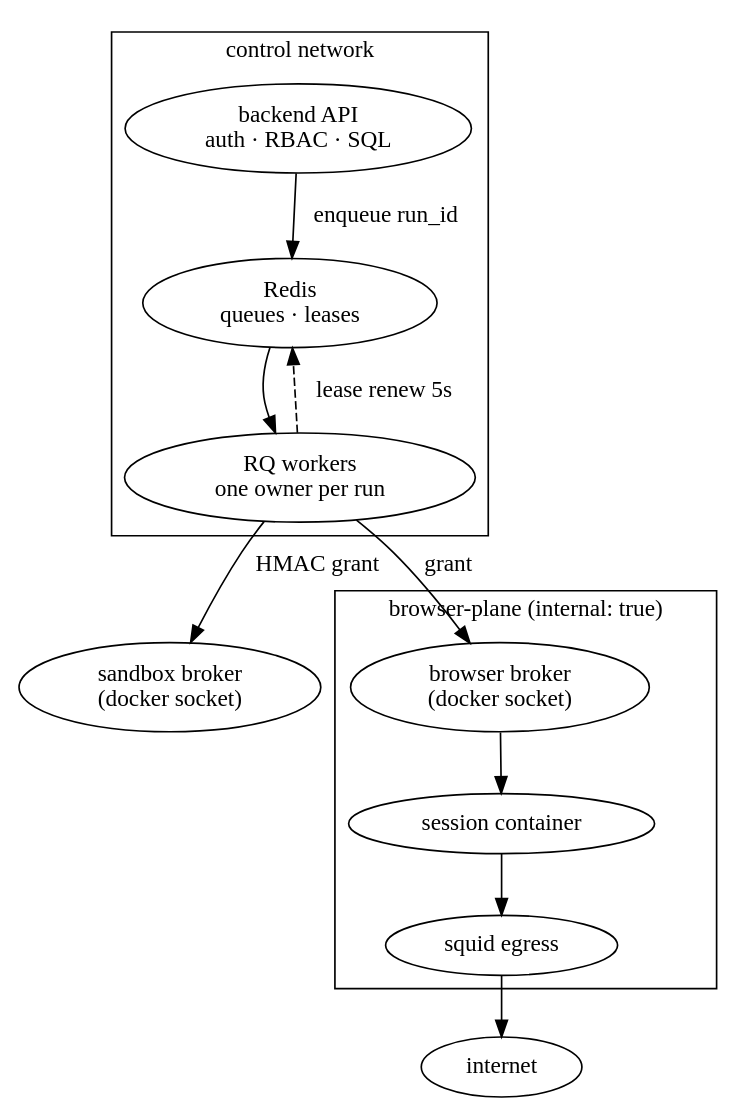
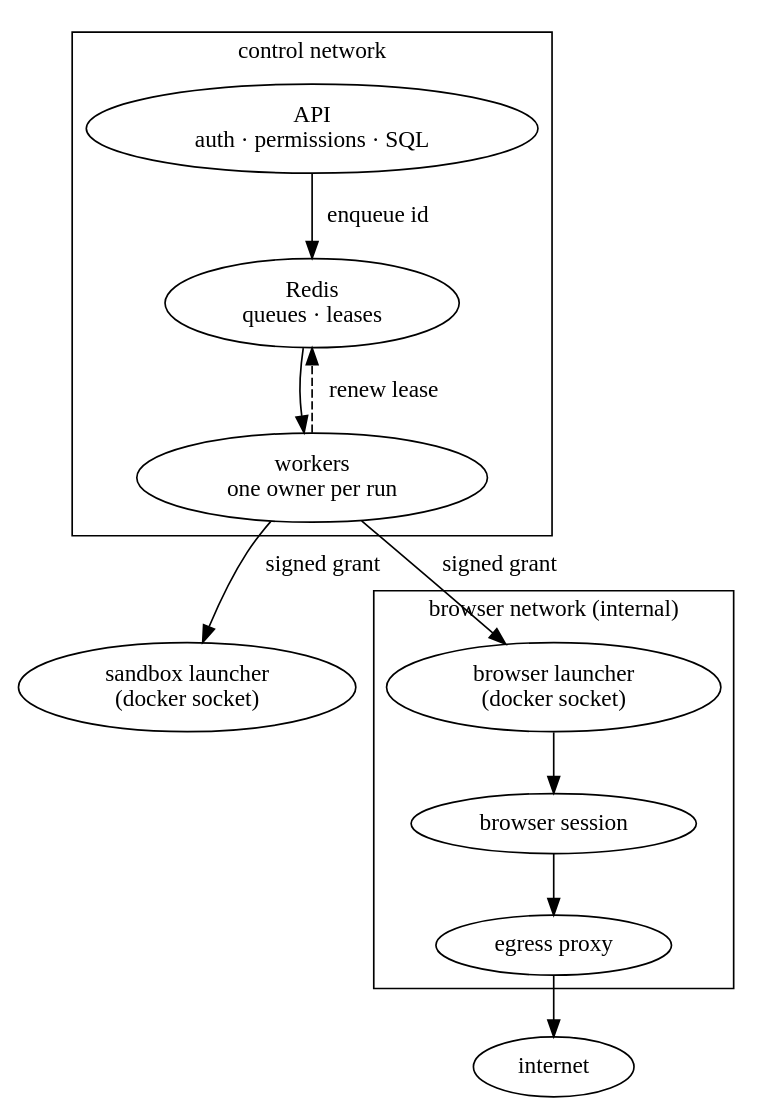
Before and after one commit to Shaunfurtado/Shaunfurtado.github.io: the diagram in src/assets/blog-diagrams/01-architecting-deterministic-infrastructure.dot, drawn with Graphviz. The commit also changed 31 other files, not shown here.

```diff
--- a/src/assets/blog-diagrams/01-architecting-deterministic-infrastructure.dot
+++ b/src/assets/blog-diagrams/01-architecting-deterministic-infrastructure.dot
@@ -1,25 +1,25 @@
 digraph topology {
 rankdir=TB;
 subgraph cluster_control {
   label="control network";
-  api [label="backend API\nauth · RBAC · SQL", class="key"];
+  api [label="API\nauth · permissions · SQL", class="key"];
   redis [label="Redis\nqueues · leases"];
-  workers [label="RQ workers\none owner per run"];
+  workers [label="workers\none owner per run"];
 }
-sbx [label="sandbox broker\n(docker socket)"];
+sbx [label="sandbox launcher\n(docker socket)"];
 subgraph cluster_plane {
-  label="browser-plane (internal: true)";
-  brw [label="browser broker\n(docker socket)"];
-  session [label="session container"];
-  squid [label="squid egress"];
+  label="browser network (internal)";
+  brw [label="browser launcher\n(docker socket)"];
+  session [label="browser session"];
+  proxy [label="egress proxy"];
 }
 net [label="internet", class="ghost"];
-api -> redis [label="enqueue run_id"];
+api -> redis [label="enqueue id"];
 redis -> workers;
-workers -> redis [label="lease renew 5s", style=dashed];
-workers -> sbx [label="HMAC grant"];
-workers -> brw [label="grant"];
+workers -> redis [label="renew lease", style=dashed];
+workers -> sbx [label="signed grant"];
+workers -> brw [label="signed grant"];
 brw -> session;
-session -> squid;
-squid -> net;
+session -> proxy;
+proxy -> net;
 }
```
